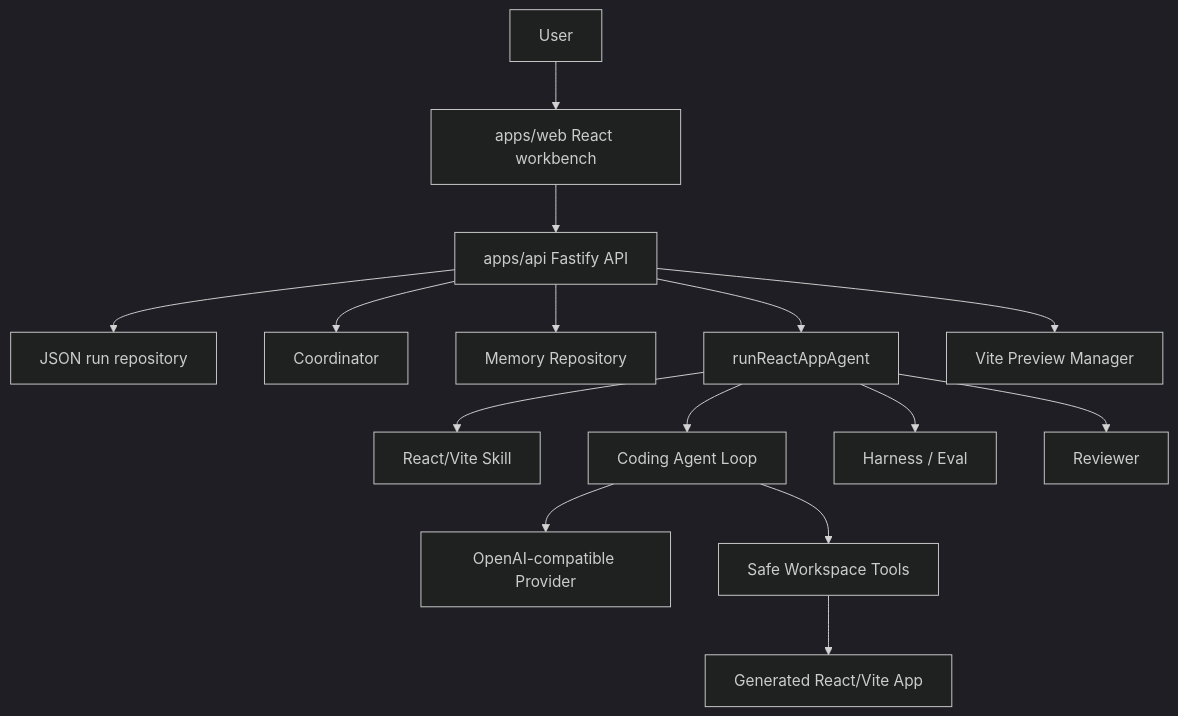
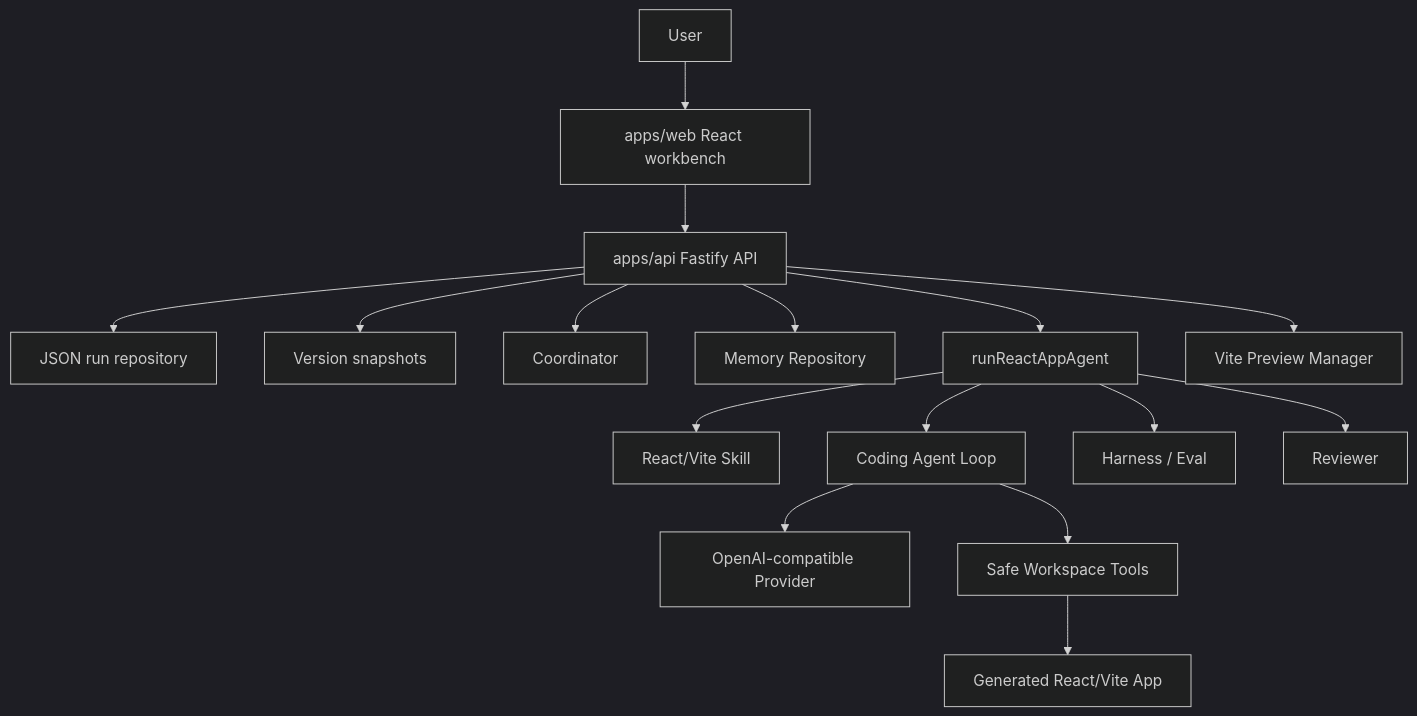
One commit to Marvin725626/appforge-agent-platform changed the second of 2 diagrams in README.md. Above: the diagram before and after it, drawn with Mermaid (dark theme). The commit also changed other lines of this file and 20 other files, not shown here.

````diff
--- a/README.md
+++ b/README.md
@@ -89,17 +95,18 @@
 ```mermaid
 flowchart TD
     User["User"] --> Web["apps/web React workbench"]
     Web --> API["apps/api Fastify API"]
     API --> Repo["JSON run repository"]
+    API --> Versions["Version snapshots"]
     API --> Coordinator["Coordinator"]
     API --> Memory["Memory Repository"]
     API --> Runner["runReactAppAgent"]
     Runner --> Skill["React/Vite Skill"]
     Runner --> AgentLoop["Coding Agent Loop"]
     AgentLoop --> Provider["OpenAI-compatible Provider"]
     AgentLoop --> Workspace["Safe Workspace Tools"]
     Runner --> Harness["Harness / Eval"]
     Runner --> Review["Reviewer"]
     API --> Preview["Vite Preview Manager"]
     Workspace --> Generated["Generated React/Vite App"]
 ```
````
